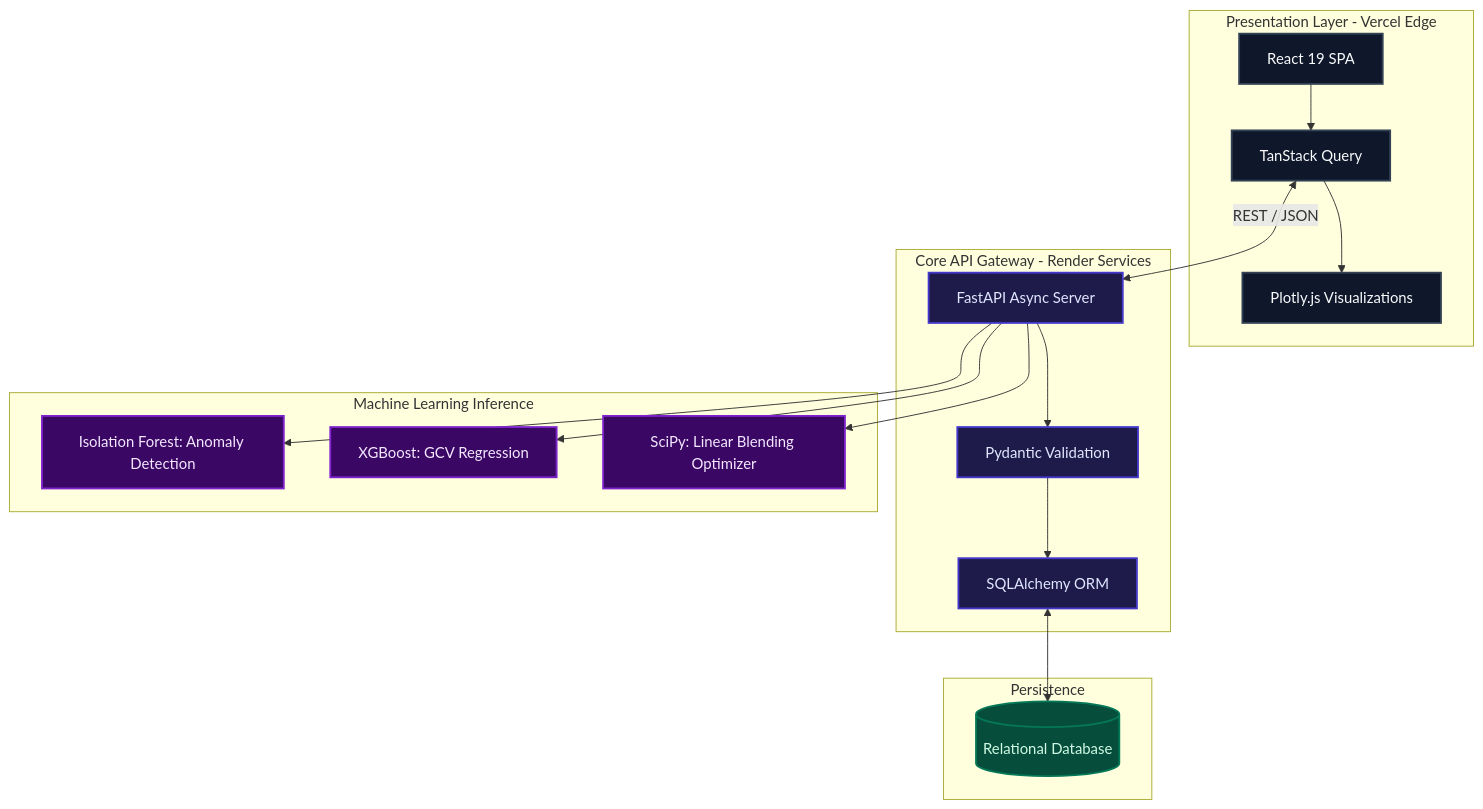
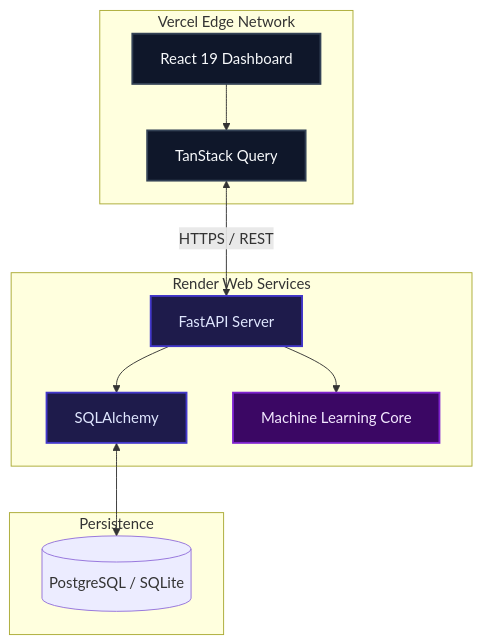
The first of 2 diagrams in README.md (shekharsameer2308/Analyzer), drawn with Mermaid before and after one commit. The commit also changed other lines of this file and 1 other file, not shown here.

Commit message:
Update README with complete structure demo links tech stack architecture flow and hero image

````diff
--- a/README.md
+++ b/README.md
@@ -9,38 +50,26 @@
 ```mermaid
 graph TD
     classDef client fill:#0f172a,stroke:#334155,stroke-width:2px,color:#f8fafc;
     classDef gateway fill:#1e1b4b,stroke:#4338ca,stroke-width:2px,color:#e0e7ff;
     classDef engine fill:#3b0764,stroke:#7e22ce,stroke-width:2px,color:#f3e8ff;
-    classDef db fill:#064e3b,stroke:#047857,stroke-width:2px,color:#d1fae5;
 
-    subgraph Client [Presentation Layer - Vercel Edge]
-        UI[React 19 SPA] --> State[TanStack Query]
-        State --> Viz[Plotly.js Visualizations]
+    subgraph Client [Vercel Edge Network]
+        UI[React 19 Dashboard] --> State[TanStack Query]
     end
 
-    subgraph Server [Core API Gateway - Render Services]
-        FastAPI[FastAPI Async Server] --> Validator[Pydantic Validation]
-        Validator --> ORM[SQLAlchemy ORM]
+    subgraph Server [Render Web Services]
+        API[FastAPI Server] --> ORM[SQLAlchemy]
+        API --> ML[Machine Learning Core]
     end
 
-    subgraph ML [Machine Learning Inference]
-        IsolationForest[Isolation Forest: Anomaly Detection]
-        XGBoost[XGBoost: GCV Regression]
-        SciPy[SciPy: Linear Blending Optimizer]
+    subgraph Database [Persistence]
+        DB[(PostgreSQL / SQLite)]
     end
 
-    subgraph Storage [Persistence]
-        Database[(Relational Database)]
-    end
+    State <-->|HTTPS / REST| API
+    ORM <--> DB
 
-    State <-->|REST / JSON| FastAPI
-    FastAPI --> IsolationForest
-    FastAPI --> XGBoost
-    FastAPI --> SciPy
-    ORM <--> Database
-
-    class UI,State,Viz client;
-    class FastAPI,Validator,ORM gateway;
-    class IsolationForest,XGBoost,SciPy engine;
-    class Database db;
+    class UI,State client;
+    class API,ORM gateway;
+    class ML engine;
 ```
````
